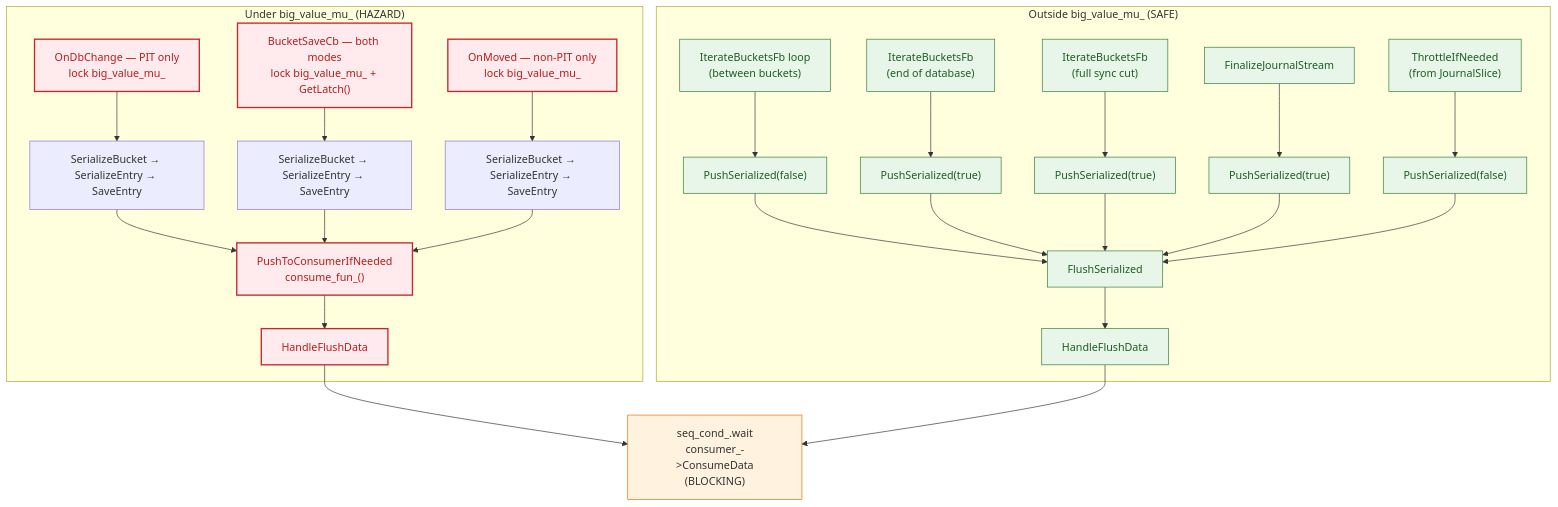
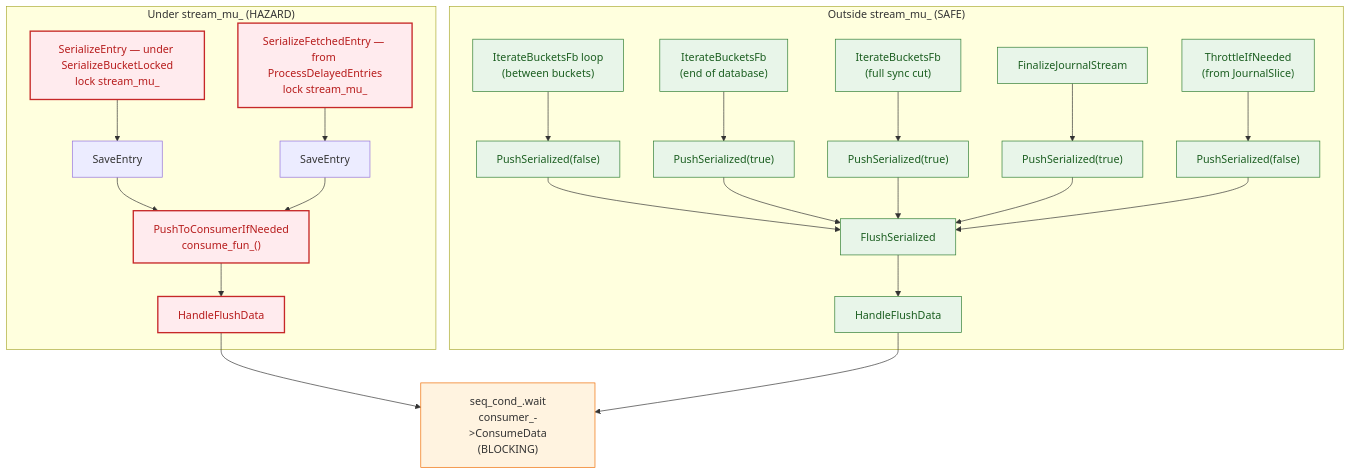
The fifth of 5 diagrams in docs/shard-serialization.md (dragonflydb/dragonfly), drawn with Mermaid before and after one commit. The commit also changed other lines of this file, not shown here.

````diff
--- a/docs/shard-serialization.md
+++ b/docs/shard-serialization.md
@@ -454,36 +360,34 @@
 ```mermaid
 flowchart TD
-  subgraph HAZARD["Under big_value_mu_ (HAZARD)"]
-    A1["OnDbChange — PIT only<br/>lock big_value_mu_"] --> SB1["SerializeBucket → SerializeEntry → SaveEntry"]
-    A2["BucketSaveCb — both modes<br/>lock big_value_mu_ + GetLatch()"] --> SB2["SerializeBucket → SerializeEntry → SaveEntry"]
-    A3["OnMoved — non-PIT only<br/>lock big_value_mu_"] --> SB3["SerializeBucket → SerializeEntry → SaveEntry"]
-    SB1 --> CF["PushToConsumerIfNeeded<br/>consume_fun_()"]
-    SB2 --> CF
+  subgraph HAZARD["Under stream_mu_ (HAZARD)"]
+    A2["SerializeEntry — under SerializeBucketLocked<br/>lock stream_mu_"] --> SB2["SaveEntry"]
+    A3["SerializeFetchedEntry — from ProcessDelayedEntries<br/>lock stream_mu_"] --> SB3["SaveEntry"]
+    SB2 --> CF["PushToConsumerIfNeeded<br/>consume_fun_()"]
     SB3 --> CF
     CF --> HFD1[HandleFlushData]
   end
 
-  subgraph SAFE["Outside big_value_mu_ (SAFE)"]
+  subgraph SAFE["Outside stream_mu_ (SAFE)"]
     B1["IterateBucketsFb loop<br/>(between buckets)"] --> PS1["PushSerialized(false)"]
     B2["IterateBucketsFb<br/>(end of database)"] --> PS2["PushSerialized(true)"]
     B3["IterateBucketsFb<br/>(full sync cut)"] --> PS3["PushSerialized(true)"]
     B4[FinalizeJournalStream] --> PS4["PushSerialized(true)"]
     B5["ThrottleIfNeeded<br/>(from JournalSlice)"] --> PS5["PushSerialized(false)"]
     PS1 --> FS[FlushSerialized]
     PS2 --> FS
     PS3 --> FS
     PS4 --> FS
     PS5 --> FS
     FS --> HFD2[HandleFlushData]
   end
 
   HFD1 --> BLOCK["seq_cond_.wait<br/>consumer_->ConsumeData<br/>(BLOCKING)"]
   HFD2 --> BLOCK
 
   classDef hazard fill:#FFEBEE,stroke:#C62828,stroke-width:2px,color:#B71C1C;
   classDef safe fill:#E8F5E9,stroke:#2E7D32,color:#1B5E20;
   classDef block fill:#FFF3E0,stroke:#EF6C00;
-  class A1,A2,A3,CF,HFD1 hazard;
+  class A2,A3,CF,HFD1 hazard;
   class B1,B2,B3,B4,B5,PS1,PS2,PS3,PS4,PS5,FS,HFD2 safe;
   class BLOCK block;
 ```
````
